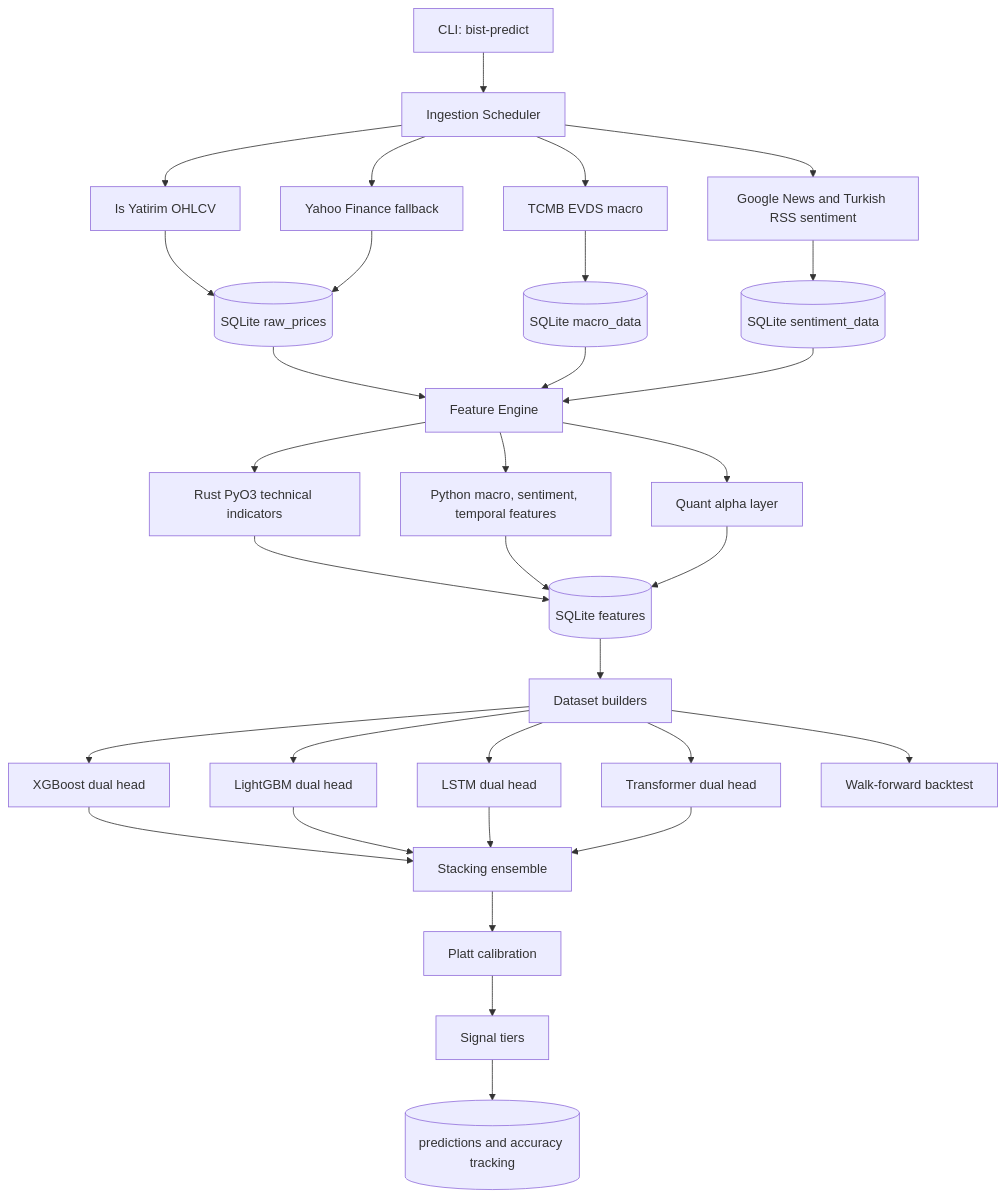
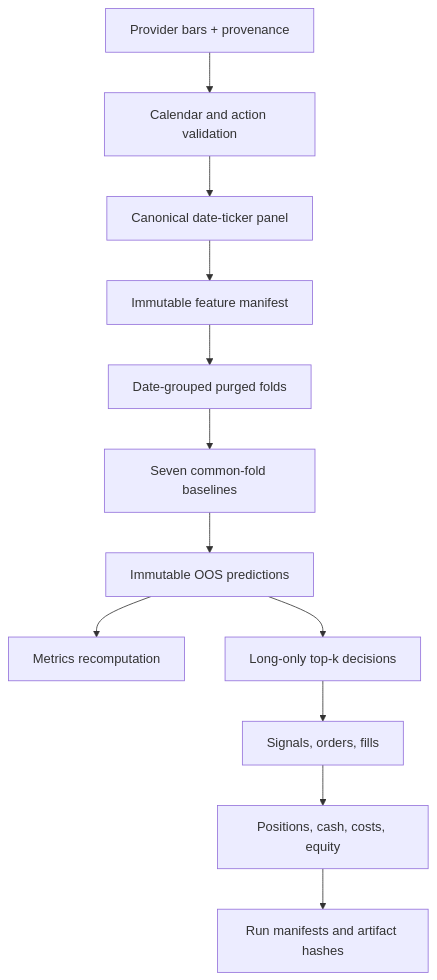
Before and after one commit to ITheClixs/BIST-Prediction-System: the diagram in README.md, drawn with Mermaid. The commit also changed other lines of this file and 1 other file, not shown here.

````diff
--- a/README.md
+++ b/README.md
@@ -71,34 +70,14 @@
 ```mermaid
 flowchart TD
-    A[CLI: bist-predict] --> B[Ingestion Scheduler]
-    B --> C1[Is Yatirim OHLCV]
-    B --> C2[Yahoo Finance fallback]
-    B --> C3[TCMB EVDS macro]
-    B --> C4[Google News and Turkish RSS sentiment]
-    C1 --> D[(SQLite raw_prices)]
-    C2 --> D
-    C3 --> E[(SQLite macro_data)]
-    C4 --> F[(SQLite sentiment_data)]
-    D --> G[Feature Engine]
-    E --> G
-    F --> G
-    G --> H[Rust PyO3 technical indicators]
-    G --> I[Python macro, sentiment, temporal features]
-    G --> J[Quant alpha layer]
-    H --> K[(SQLite features)]
-    I --> K
-    J --> K
-    K --> L[Dataset builders]
-    L --> M1[XGBoost dual head]
-    L --> M2[LightGBM dual head]
-    L --> M3[LSTM dual head]
-    L --> M4[Transformer dual head]
-    M1 --> N[Stacking ensemble]
-    M2 --> N
-    M3 --> N
-    M4 --> N
-    N --> O[Platt calibration]
-    O --> P[Signal tiers]
-    P --> Q[(predictions and accuracy tracking)]
-    L --> R[Walk-forward backtest]
+    A[Provider bars + provenance] --> B[Calendar and action validation]
+    B --> C[Canonical date-ticker panel]
+    C --> D[Immutable feature manifest]
+    D --> E[Date-grouped purged folds]
+    E --> F[Seven common-fold baselines]
+    F --> G[Immutable OOS predictions]
+    G --> H[Metrics recomputation]
+    G --> I[Long-only top-k decisions]
+    I --> J[Signals, orders, fills]
+    J --> K[Positions, cash, costs, equity]
+    K --> L[Run manifests and artifact hashes]
 ```
````
